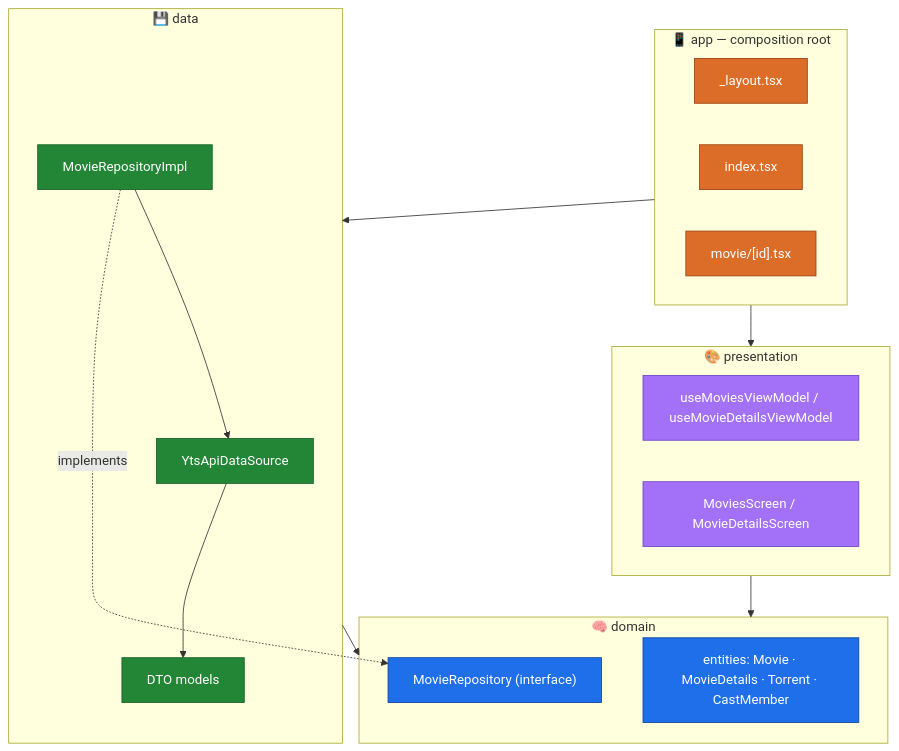
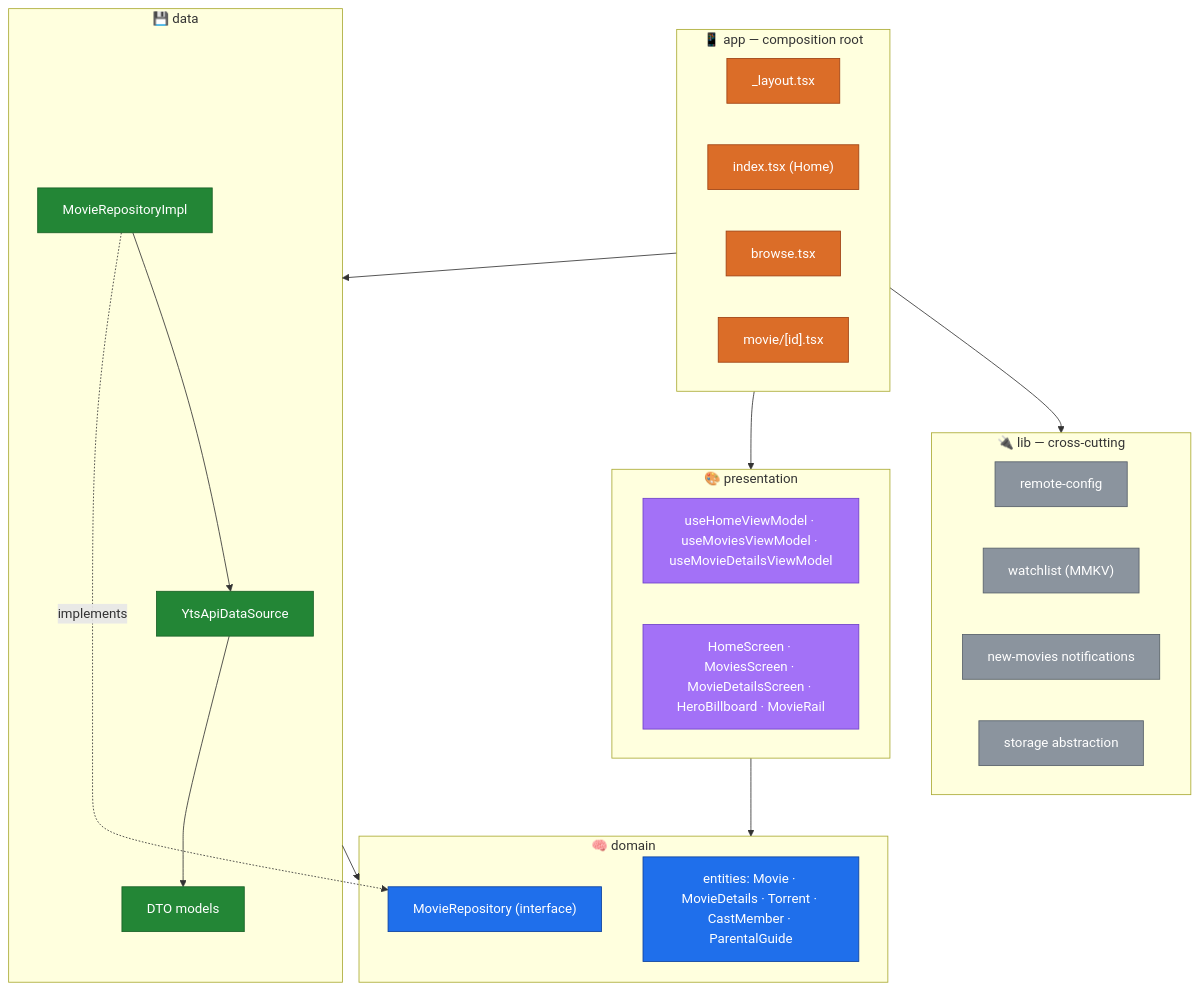
Before and after one commit to kunal26das/yify: the second of 6 diagrams in README.md, drawn with Mermaid. The commit also changed other lines of this file and 47 other files, not shown here.

````diff
--- a/README.md
+++ b/README.md
@@ -39,41 +131,52 @@
 ```mermaid
 flowchart TD
     subgraph app["📱 app — composition root"]
         L["_layout.tsx"]
-        I["index.tsx"]
+        I["index.tsx (Home)"]
+        B["browse.tsx"]
         M["movie/[id].tsx"]
     end
 
     subgraph presentation["🎨 presentation"]
-        VM["useMoviesViewModel / useMovieDetailsViewModel"]
-        UI["MoviesScreen / MovieDetailsScreen"]
+        VM["useHomeViewModel · useMoviesViewModel · useMovieDetailsViewModel"]
+        UI["HomeScreen · MoviesScreen · MovieDetailsScreen · HeroBillboard · MovieRail"]
     end
 
     subgraph domain["🧠 domain"]
-        E["entities: Movie · MovieDetails · Torrent · CastMember"]
+        E["entities: Movie · MovieDetails · Torrent · CastMember · ParentalGuide"]
         R["MovieRepository (interface)"]
     end
 
     subgraph data["💾 data"]
         DS["YtsApiDataSource"]
         IMPL["MovieRepositoryImpl"]
         DTO["DTO models"]
     end
 
+    subgraph lib["🔌 lib — cross-cutting"]
+        RC["remote-config"]
+        WL["watchlist (MMKV)"]
+        NM["new-movies notifications"]
+        ST["storage abstraction"]
+    end
+
     app --> presentation
     app --> data
+    app --> lib
     presentation --> domain
     data --> domain
     IMPL -. implements .-> R
     DS --> DTO
     IMPL --> DS
 
     classDef domainCls fill:#1f6feb,stroke:#0d419d,color:#fff
     classDef dataCls fill:#238636,stroke:#196127,color:#fff
     classDef presCls fill:#a371f7,stroke:#6e40c9,color:#fff
     classDef appCls fill:#db6d28,stroke:#9e4112,color:#fff
+    classDef libCls fill:#8b949e,stroke:#57606a,color:#fff
     class E,R domainCls
     class DS,IMPL,DTO dataCls
     class VM,UI presCls
-    class L,I,M appCls
+    class L,I,B,M appCls
+    class RC,WL,NM,ST libCls
 ```
````
